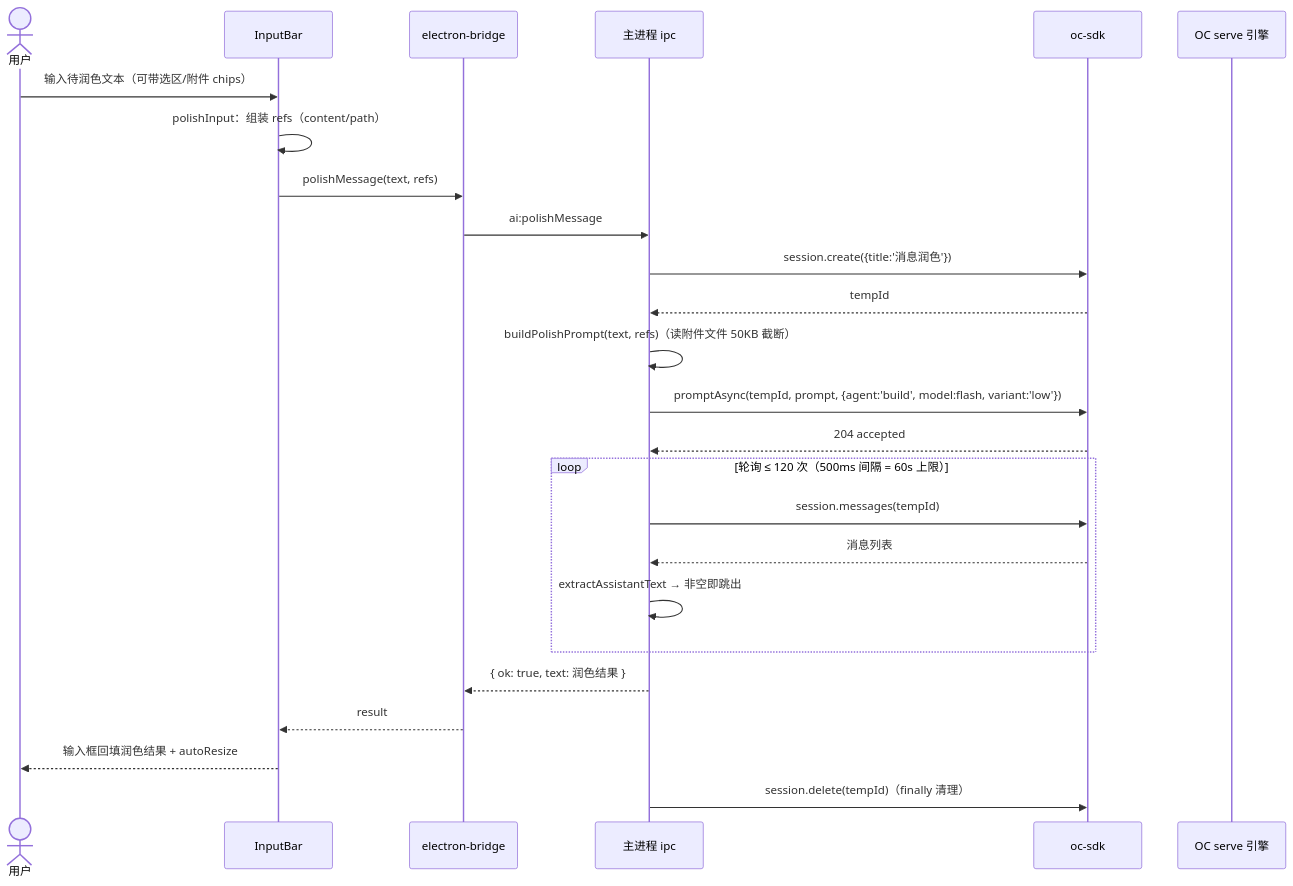
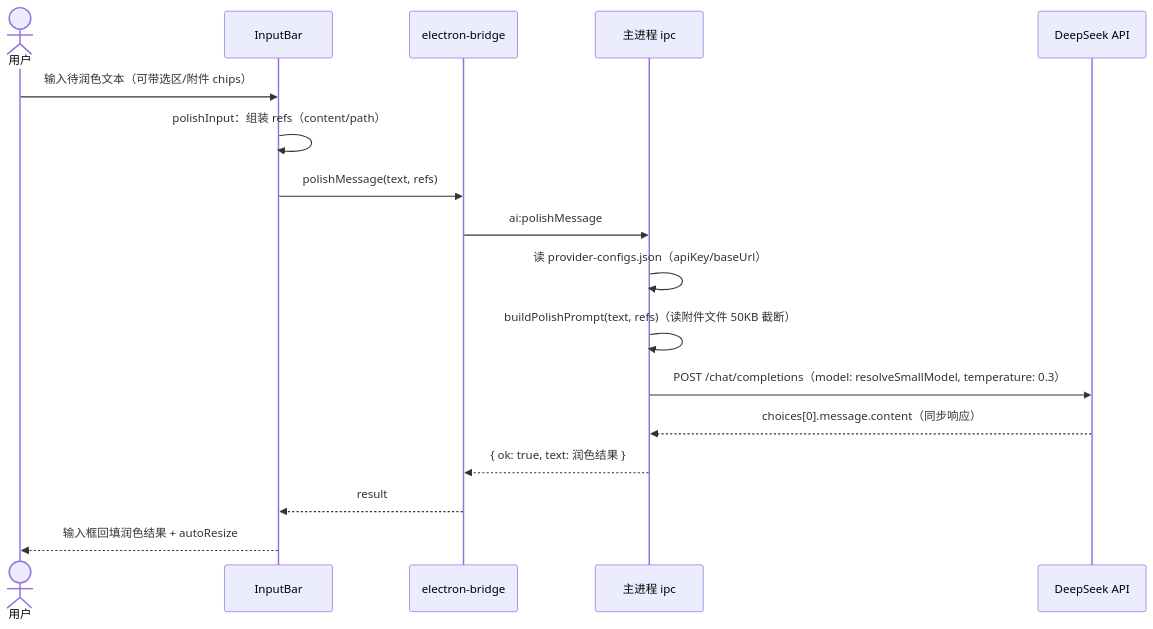
One commit to Max-Null/fractal changed the third of 3 diagrams in docs/设计/输入框优化-设计方案.md. Above: the diagram before and after it, drawn with Mermaid. The commit also changed other lines of this file and 6 other files, not shown here.

First line of the commit message:
fix: 润色改直连 DeepSeek API，会话进行时也能用

````diff
--- a/docs/设计/输入框优化-设计方案.md
+++ b/docs/设计/输入框优化-设计方案.md
@@ -476,28 +494,20 @@
 ```mermaid
 sequenceDiagram
     actor 用户
     participant IB as InputBar
     participant B as electron-bridge
     participant IPC as 主进程 ipc
-    participant SDK as oc-sdk
-    participant S as OC serve 引擎
+    participant DS as DeepSeek API
 
     用户->>IB: 输入待润色文本（可带选区/附件 chips）
     IB->>IB: polishInput：组装 refs（content/path）
     IB->>B: polishMessage(text, refs)
     B->>IPC: ai:polishMessage
-    IPC->>SDK: session.create({title:'消息润色'})
-    SDK-->>IPC: tempId
+    IPC->>IPC: 读 provider-configs.json（apiKey/baseUrl）
     IPC->>IPC: buildPolishPrompt(text, refs)（读附件文件 50KB 截断）
-    IPC->>SDK: promptAsync(tempId, prompt, {agent:'build', model:flash, variant:'low'})
-    SDK-->>IPC: 204 accepted
-    loop 轮询 ≤ 120 次（500ms 间隔 = 60s 上限）
-        IPC->>SDK: session.messages(tempId)
-        SDK-->>IPC: 消息列表
-        IPC->>IPC: extractAssistantText → 非空即跳出
-    end
+    IPC->>DS: POST /chat/completions（model: resolveSmallModel, temperature: 0.3）
+    DS-->>IPC: choices[0].message.content（同步响应）
     IPC-->>B: { ok: true, text: 润色结果 }
     B-->>IB: result
     IB-->>用户: 输入框回填润色结果 + autoResize
-    IPC->>SDK: session.delete(tempId)（finally 清理）
 ```
````
